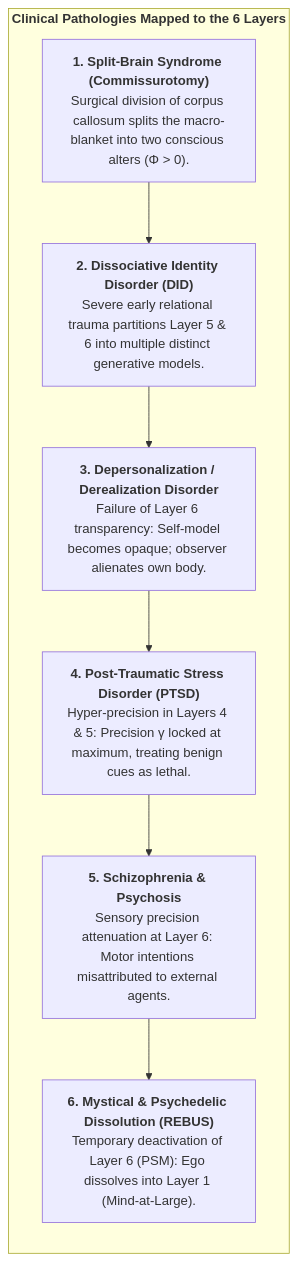
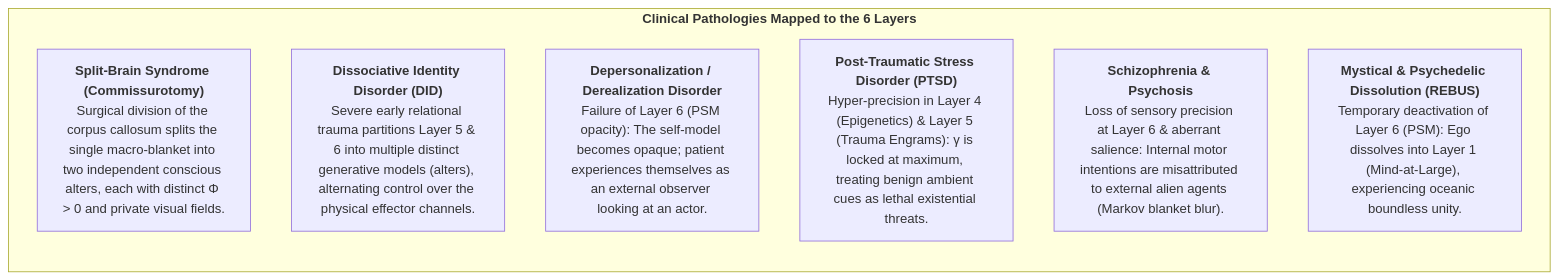
One commit to Thriebl/active-inference-phi-network changed diagram 31 of 50 in book/build/CIF_Monograph_EN.md. Above: the diagram before and after it, drawn with Mermaid. The commit also changed other lines of this file and 8 other files, not shown here.

````diff
--- a/book/build/CIF_Monograph_EN.md
+++ b/book/build/CIF_Monograph_EN.md
@@ -1366,20 +1354,18 @@
 ```mermaid
 flowchart TD
     subgraph PATHOLOGY_MAPPING["<b>Clinical Pathologies Mapped to the 6 Layers</b>"]
         direction TB
         
-        P_SPLIT["<b>1. Split-Brain Syndrome (Commissurotomy)</b><br>Surgical division of corpus callosum splits the macro-blanket into two conscious alters (Φ > 0)."]
+        P_SPLIT["<b>Split-Brain Syndrome (Commissurotomy)</b><br>Surgical division of the corpus callosum splits the single macro-blanket into two independent conscious alters, each with distinct Φ > 0 and private visual fields."]
         
-        P_DID["<b>2. Dissociative Identity Disorder (DID)</b><br>Severe early relational trauma partitions Layer 5 & 6 into multiple distinct generative models."]
+        P_DID["<b>Dissociative Identity Disorder (DID)</b><br>Severe early relational trauma partitions Layer 5 & 6 into multiple distinct generative models (alters), alternating control over the physical effector channels."]
         
-        P_DEP["<b>3. Depersonalization / Derealization Disorder</b><br>Failure of Layer 6 transparency: Self-model becomes opaque; observer alienates own body."]
+        P_DEP["<b>Depersonalization / Derealization Disorder</b><br>Failure of Layer 6 (PSM opacity): The self-model becomes opaque; patient experiences themselves as an external observer looking at an actor."]
         
-        P_PTSD["<b>4. Post-Traumatic Stress Disorder (PTSD)</b><br>Hyper-precision in Layers 4 & 5: Precision γ locked at maximum, treating benign cues as lethal."]
+        P_PTSD["<b>Post-Traumatic Stress Disorder (PTSD)</b><br>Hyper-precision in Layer 4 (Epigenetics) & Layer 5 (Trauma Engrams): γ is locked at maximum, treating benign ambient cues as lethal existential threats."]
         
-        P_SCHIZ["<b>5. Schizophrenia & Psychosis</b><br>Sensory precision attenuation at Layer 6: Motor intentions misattributed to external agents."]
+        P_SCHIZ["<b>Schizophrenia & Psychosis</b><br>Loss of sensory precision at Layer 6 & aberrant salience: Internal motor intentions are misattributed to external alien agents (Markov blanket blur)."]
         
-        P_MYST["<b>6. Mystical & Psychedelic Dissolution (REBUS)</b><br>Temporary deactivation of Layer 6 (PSM): Ego dissolves into Layer 1 (Mind-at-Large)."]
-        
-        P_SPLIT --> P_DID --> P_DEP --> P_PTSD --> P_SCHIZ --> P_MYST
+        P_MYST["<b>Mystical & Psychedelic Dissolution (REBUS)</b><br>Temporary deactivation of Layer 6 (PSM): Ego dissolves into Layer 1 (Mind-at-Large), experiencing oceanic boundless unity."]
     end
 ```
````
